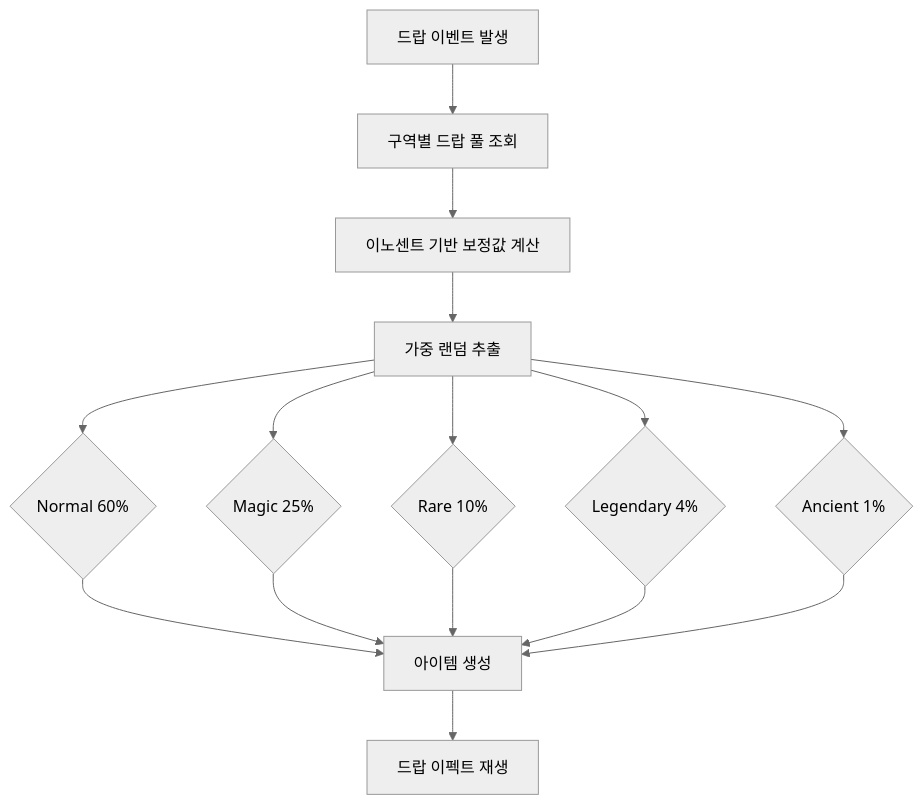
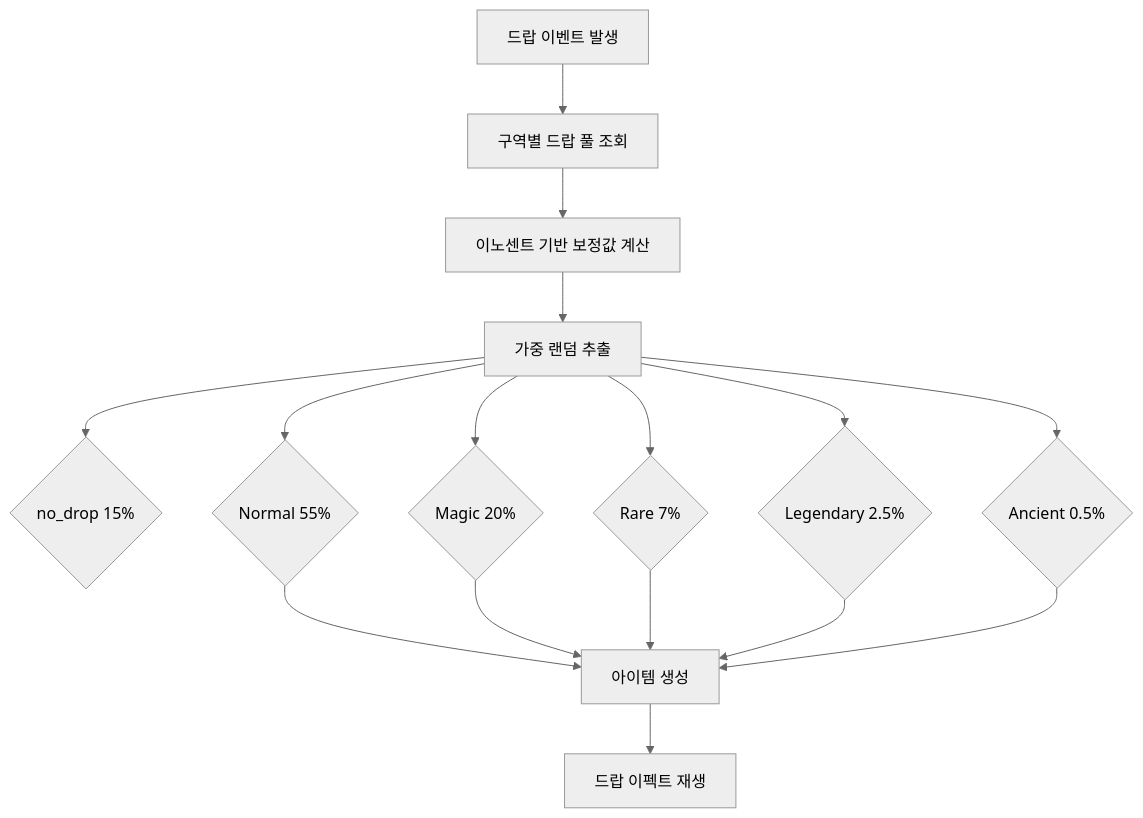
One commit to Biskraft/ProjectAbyss changed the first of 2 diagrams in Documents/System/System_Equipment_Rarity.md. Above: the diagram before and after it, drawn with Mermaid (neutral theme). The commit also changed other lines of this file and 38 other files, not shown here.

````diff
--- a/Documents/System/System_Equipment_Rarity.md
+++ b/Documents/System/System_Equipment_Rarity.md
@@ -136,17 +136,18 @@
 ```mermaid
 graph TD
     DROP[드랍 이벤트 발생] --> ZONE[구역별 드랍 풀 조회]
     ZONE --> BONUS[이노센트 기반 보정값 계산]
     BONUS --> ROLL[가중 랜덤 추출]
-    ROLL --> N{Normal 60%}
-    ROLL --> MG{Magic 25%}
-    ROLL --> R{Rare 10%}
-    ROLL --> L{Legendary 4%}
-    ROLL --> A{Ancient 1%}
+    ROLL --> ND{no_drop 15%}
+    ROLL --> N{Normal 55%}
+    ROLL --> MG{Magic 20%}
+    ROLL --> R{Rare 7%}
+    ROLL --> L{Legendary 2.5%}
+    ROLL --> A{Ancient 0.5%}
     N --> ITEM[아이템 생성]
     MG --> ITEM
     R --> ITEM
     L --> ITEM
     A --> ITEM
     ITEM --> FX[드랍 이펙트 재생]
 ```
````
